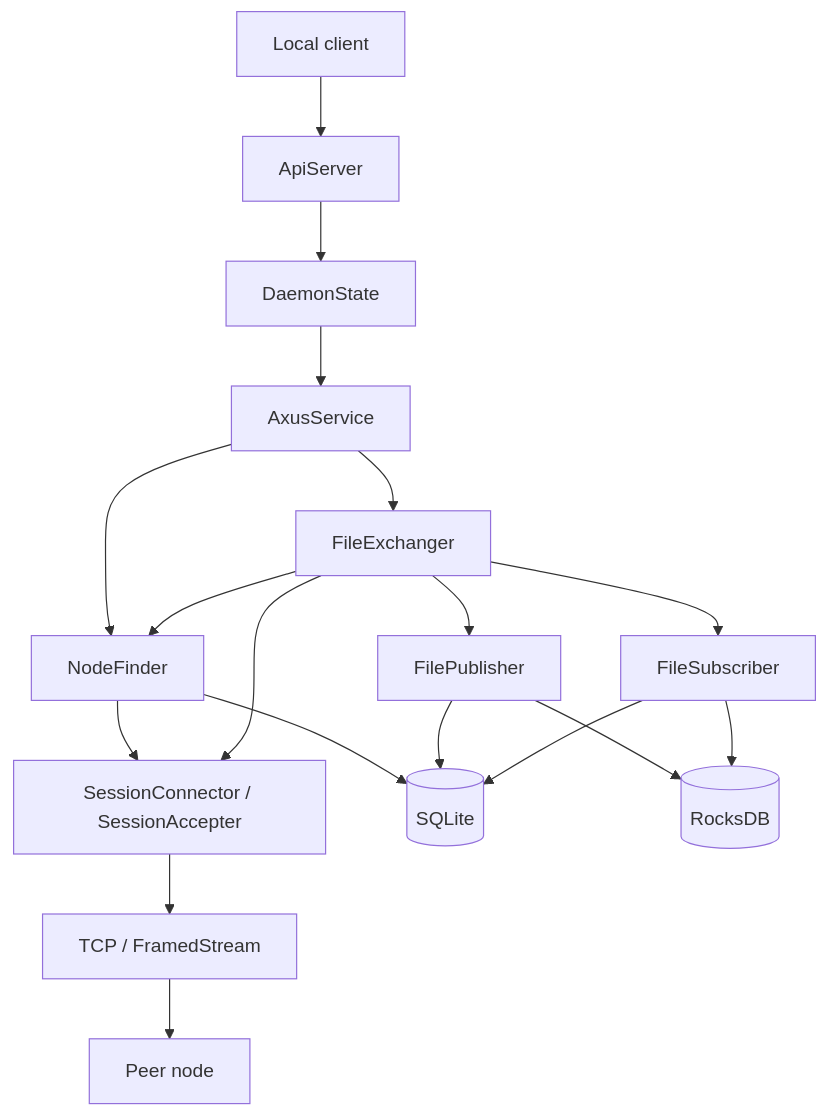
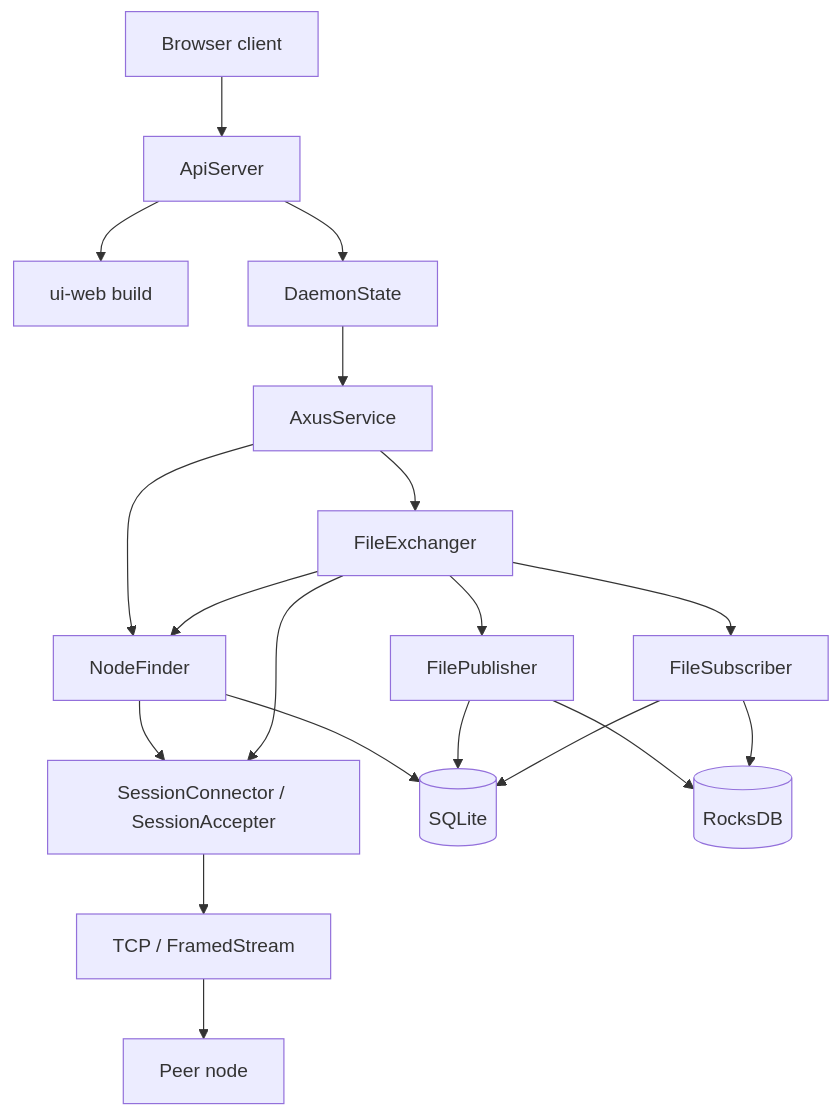
The diagram in docs/design.md (omnius-labs/axus), drawn with Mermaid before and after one commit. The commit also changed other lines of this file and 6 other files, not shown here.

First line of the commit message:
docs: design the browser client and the mirrored transfer API

````diff
--- a/docs/design.md
+++ b/docs/design.md
@@ -75,34 +79,36 @@
 ```mermaid
 flowchart TD
-    Client[Local client]
+    Client[Browser client]
+    Web[ui-web build]
     Api[ApiServer]
     State[DaemonState]
     Service[AxusService]
     Exchanger[FileExchanger]
     Publisher[FilePublisher]
     Subscriber[FileSubscriber]
     Finder[NodeFinder]
     Session[SessionConnector / SessionAccepter]
     Transport[TCP / FramedStream]
     Peer[Peer node]
     Meta[(SQLite)]
     Blocks[(RocksDB)]
 
     Client --> Api
+    Api --> Web
     Api --> State
     State --> Service
     Service --> Finder
     Service --> Exchanger
     Exchanger --> Publisher
     Exchanger --> Subscriber
     Exchanger --> Finder
     Finder --> Session
     Exchanger --> Session
     Session --> Transport
     Transport --> Peer
     Finder --> Meta
     Publisher --> Meta
     Subscriber --> Meta
     Publisher --> Blocks
     Subscriber --> Blocks
 ```
````
